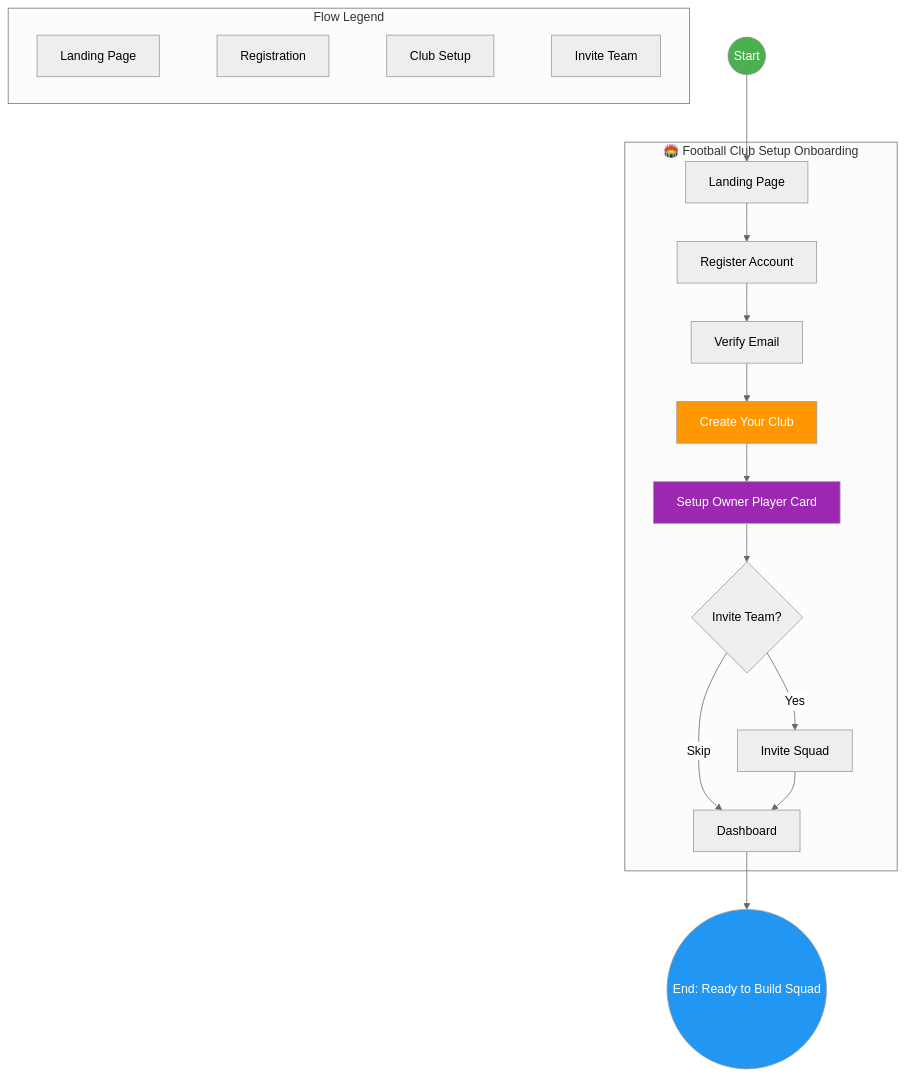
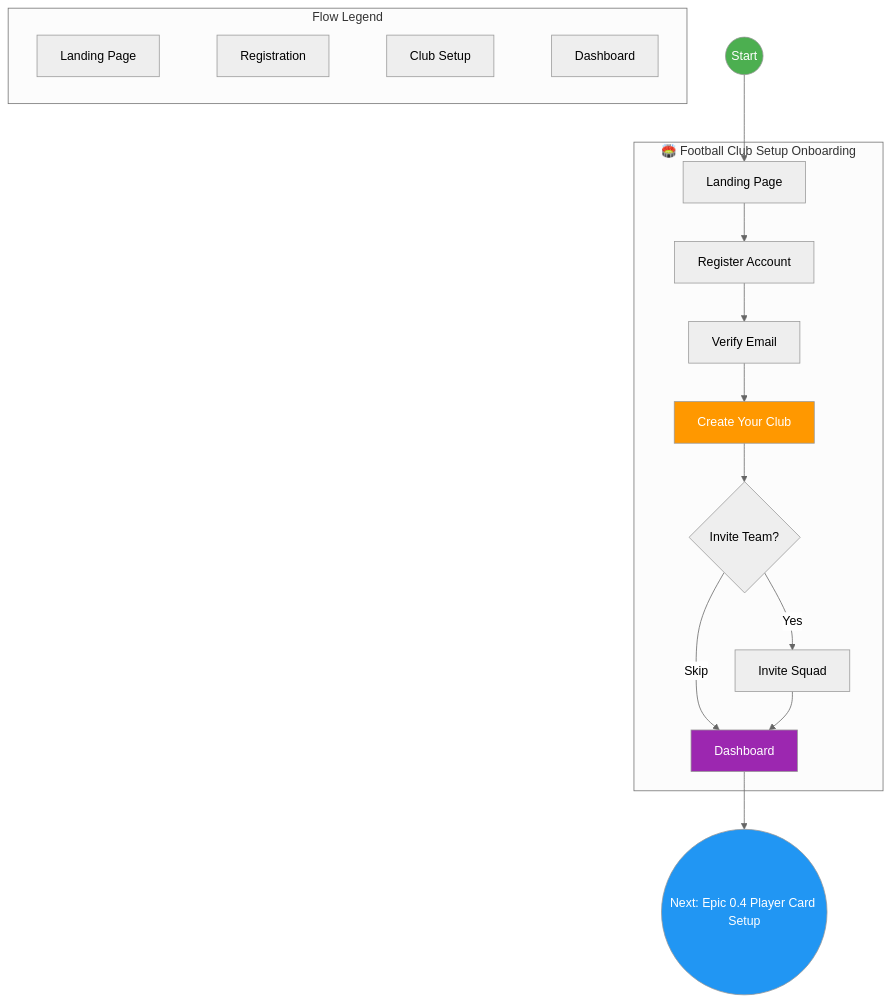
One commit to ascendhr-tech/ascendhr-doc changed the diagram in ascendhr/ux/football-club-setup/00-site-map.mmd. Above: the diagram before and after it, drawn with Mermaid (neutral theme). The commit also changed 59 other files, not shown here.

```diff
--- a/ascendhr/ux/football-club-setup/00-site-map.mmd
+++ b/ascendhr/ux/football-club-setup/00-site-map.mmd
@@ -1,26 +1,28 @@
 graph TD
     A((Start)) --> B[Landing Page]
     
     subgraph Onboarding["🏟️ Football Club Setup Onboarding"]
         B --> C[Register Account]
         C --> D[Verify Email]
         D --> E[Create Your Club]
-        E --> F[Setup Owner Player Card]
-        F --> G{Invite Team?}
-        G -->|Yes| H[Invite Squad]
-        G -->|Skip| I[Dashboard]
-        H --> I
+        E --> F{Invite Team?}
+        F -->|Yes| G[Invite Squad]
+        F -->|Skip| H[Dashboard]
+        G --> H
     end
     
-    I --> J((End: Ready to Build Squad))
+    H --> I((Next: Epic 0.4 Player Card Setup))
     
     subgraph Legend["Flow Legend"]
         L1[Landing Page] ~~~ L2[Registration]
         L2 ~~~ L3[Club Setup]
-        L3 ~~~ L4[Invite Team]
+        L3 ~~~ L4[Dashboard]
     end
 
     style A fill:#4CAF50,color:white
-    style J fill:#2196F3,color:white
+    style I fill:#2196F3,color:white
     style E fill:#FF9800,color:white
-    style F fill:#9C27B0,color:white
+    style H fill:#9C27B0,color:white
+
+    %% Note: Player Card setup moved to Epic 0.4
+    %% This flow ends at Dashboard, where user can then create Player Card
```
